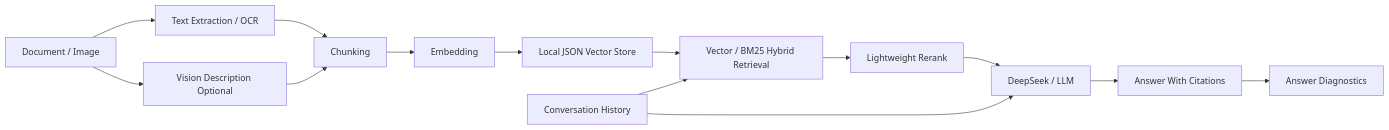
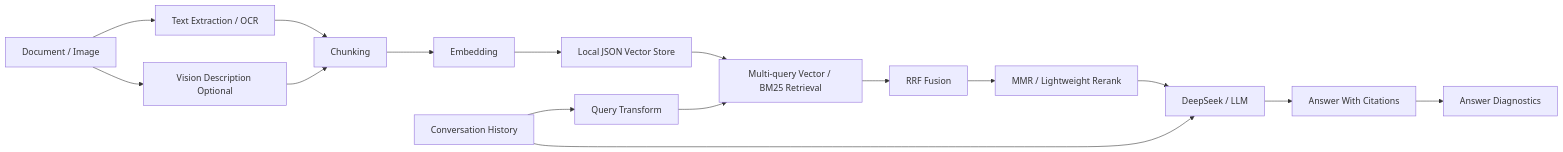
The diagram in README.md (ljw826732773-png/multimodal-doc-rag), drawn with Mermaid before and after one commit. The commit also changed other lines of this file and 8 other files, not shown here.

Commit message:
Add multi-query retrieval fusion

````diff
--- a/README.md
+++ b/README.md
@@ -49,16 +50,18 @@
 ```mermaid
 flowchart LR
     A["Document / Image"] --> B["Text Extraction / OCR"]
     A --> C["Vision Description Optional"]
     B --> D["Chunking"]
     C --> D
     D --> E["Embedding"]
     E --> F["Local JSON Vector Store"]
-    F --> G["Vector / BM25 Hybrid Retrieval"]
-    G --> H["Lightweight Rerank"]
+    Q["Query Transform"] --> G["Multi-query Vector / BM25 Retrieval"]
+    F --> G
+    G --> R["RRF Fusion"]
+    R --> H["MMR / Lightweight Rerank"]
     H --> I["DeepSeek / LLM"]
     I --> J["Answer With Citations"]
     J --> K["Answer Diagnostics"]
-    L["Conversation History"] --> G
+    L["Conversation History"] --> Q
     L --> I
 ```
````
